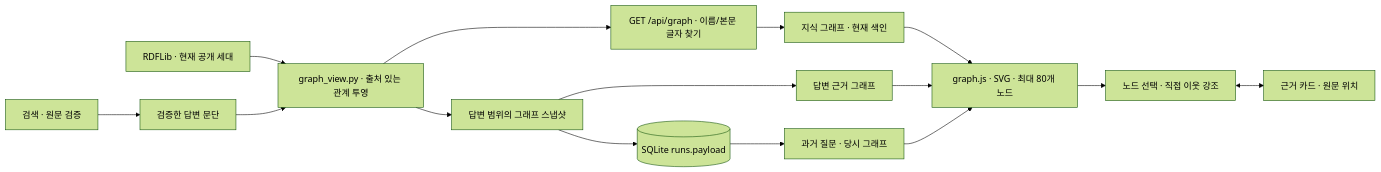
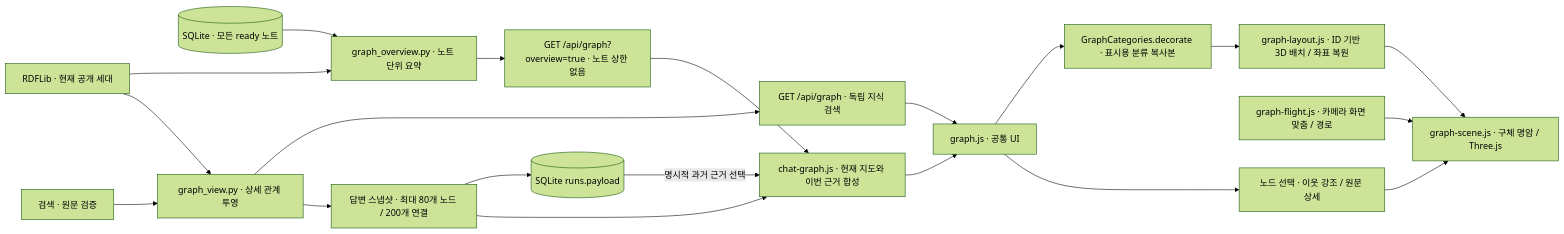
One commit to espseongsm/obsi-onto changed the fifth of 15 diagrams in docs/architecture.md. Above: the diagram before and after it, drawn with Mermaid (forest theme). The commit also changed other lines of this file and 88 other files, not shown here.

````diff
--- a/docs/architecture.md
+++ b/docs/architecture.md
@@ -91,17 +113,22 @@
 ```mermaid
 flowchart LR
-  RDF[RDFLib · 현재 공개 세대] --> GV[graph_view.py · 출처 있는 관계 투영]
-  GV --> API[GET /api/graph · 이름/본문 글자 찾기]
-  API --> MAP[지식 그래프 · 현재 색인]
-  R[검색 · 원문 검증] --> E[검증한 답변 문단]
-  E --> GV
-  GV --> SNAP[답변 범위의 그래프 스냅샷]
+  RDF[RDFLib · 현재 공개 세대] --> OV[graph_overview.py · 노트 단위 요약]
+  READY[(SQLite · 모든 ready 노트)] --> OV
+  OV --> API["GET /api/graph?overview=true · 노트 상한 없음"]
+  RDF --> GV[graph_view.py · 상세 관계 투영]
+  GV --> MAP[GET /api/graph · 독립 지식 검색]
+  R[검색 · 원문 검증] --> GV
+  GV --> SNAP[답변 스냅샷 · 최대 80개 노드 / 200개 연결]
   SNAP --> DB[(SQLite runs.payload)]
-  SNAP --> ANS[답변 근거 그래프]
-  DB --> OLD[과거 질문 · 당시 그래프]
-  MAP --> UI[graph.js · SVG · 최대 80개 노드]
-  ANS --> UI
-  OLD --> UI
-  UI --> PICK[노드 선택 · 직접 이웃 강조]
-  PICK <--> CARD[근거 카드 · 원문 위치]
+  API --> UNION[chat-graph.js · 현재 지도와 이번 근거 합성]
+  SNAP --> UNION
+  DB -->|명시적 과거 근거 선택| UNION
+  MAP --> UI[graph.js · 공통 UI]
+  UNION --> UI
+  UI --> AREAS[GraphCategories.decorate · 표시용 분류 복사본]
+  AREAS --> LAYOUT[graph-layout.js · ID 기반 3D 배치 / 좌표 복원]
+  LAYOUT --> SCENE[graph-scene.js · 구체 명암 / Three.js]
+  FLIGHT[graph-flight.js · 카메라 화면 맞춤 / 경로] --> SCENE
+  UI --> PICK[노드 선택 · 이웃 강조 / 원문 상세]
+  PICK --> SCENE
 ```
````
